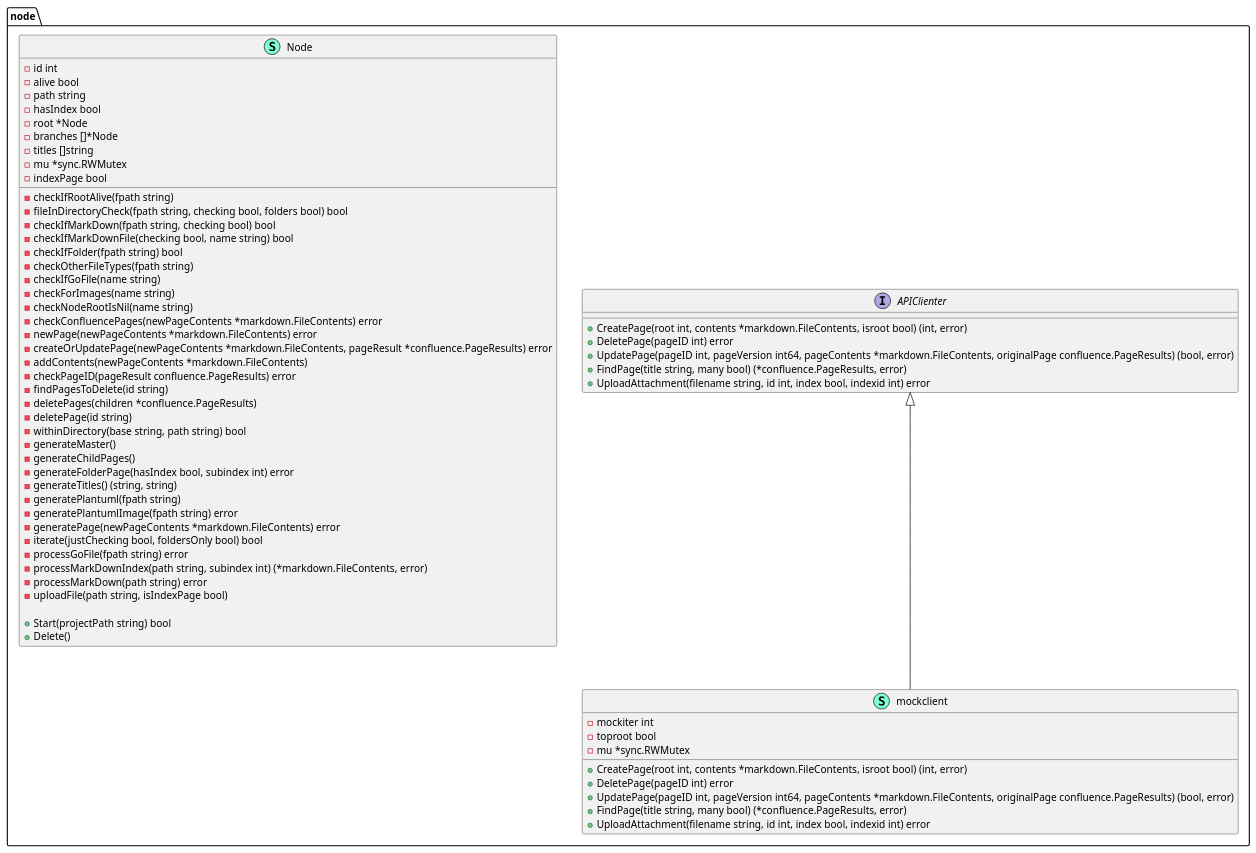
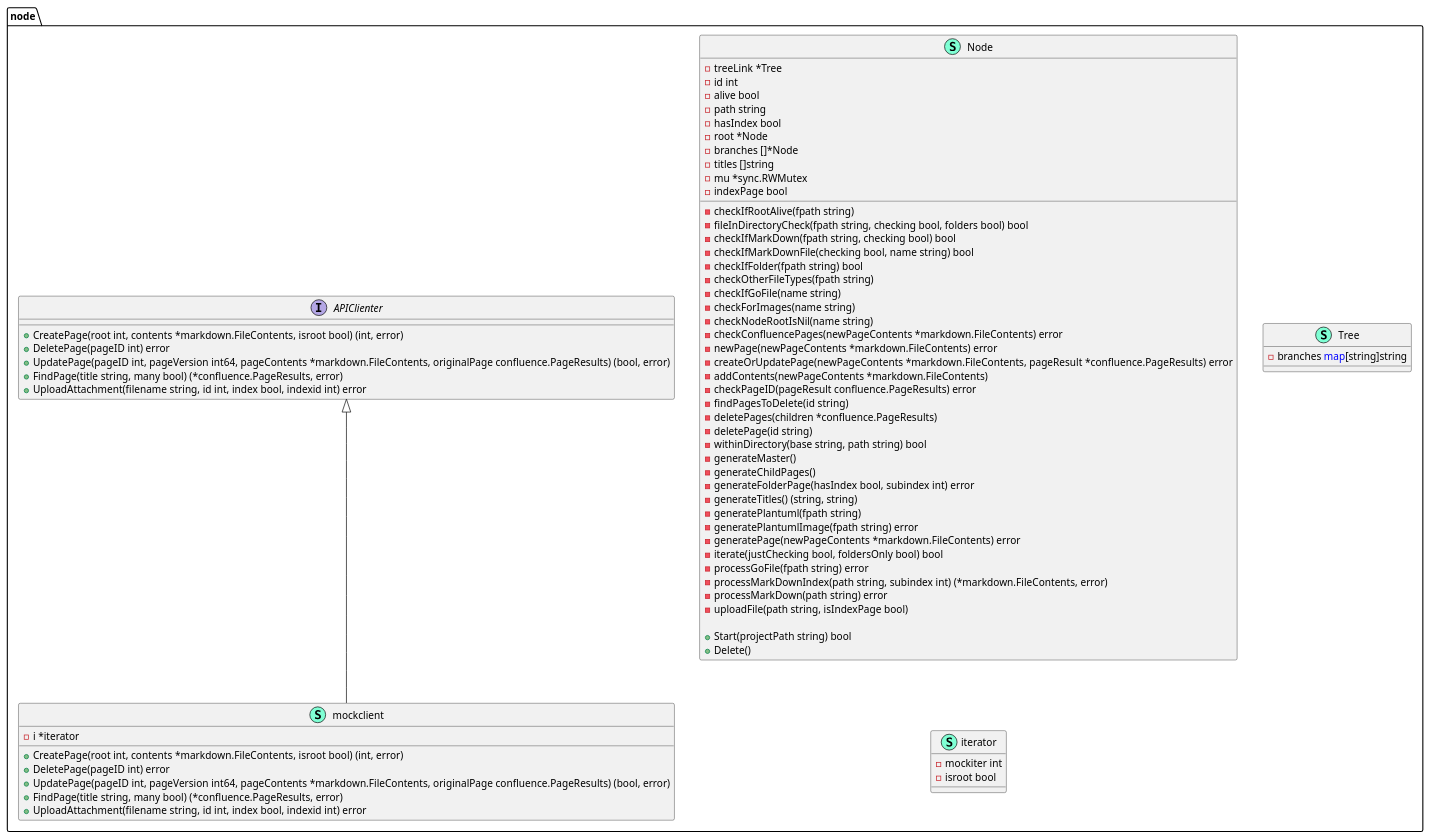
One commit to xiatechs/markdown-to-confluence changed the diagram in node/node-markdown-to-confluence-markdown-to-confluence-pumldiagram.puml. Above: the diagram before and after it, drawn with PlantUML. The commit also changed 7 other files, not shown here.

```diff
--- a/node/node-markdown-to-confluence-markdown-to-confluence-pumldiagram.puml
+++ b/node/node-markdown-to-confluence-markdown-to-confluence-pumldiagram.puml
@@ -1,73 +1,81 @@
 @startuml
 namespace node {
     interface APIClienter  {
         + CreatePage(root int, contents *markdown.FileContents, isroot bool) (int, error)
         + DeletePage(pageID int) error
         + UpdatePage(pageID int, pageVersion int64, pageContents *markdown.FileContents, originalPage confluence.PageResults) (bool, error)
         + FindPage(title string, many bool) (*confluence.PageResults, error)
         + UploadAttachment(filename string, id int, index bool, indexid int) error
 
     }
     class Node << (S,Aquamarine) >> {
+        - treeLink *Tree
         - id int
         - alive bool
         - path string
         - hasIndex bool
         - root *Node
         - branches []*Node
         - titles []string
         - mu *sync.RWMutex
         - indexPage bool
 
         - checkIfRootAlive(fpath string) 
         - fileInDirectoryCheck(fpath string, checking bool, folders bool) bool
         - checkIfMarkDown(fpath string, checking bool) bool
         - checkIfMarkDownFile(checking bool, name string) bool
         - checkIfFolder(fpath string) bool
         - checkOtherFileTypes(fpath string) 
         - checkIfGoFile(name string) 
         - checkForImages(name string) 
         - checkNodeRootIsNil(name string) 
         - checkConfluencePages(newPageContents *markdown.FileContents) error
         - newPage(newPageContents *markdown.FileContents) error
         - createOrUpdatePage(newPageContents *markdown.FileContents, pageResult *confluence.PageResults) error
         - addContents(newPageContents *markdown.FileContents) 
         - checkPageID(pageResult confluence.PageResults) error
         - findPagesToDelete(id string) 
         - deletePages(children *confluence.PageResults) 
         - deletePage(id string) 
         - withinDirectory(base string, path string) bool
         - generateMaster() 
         - generateChildPages() 
         - generateFolderPage(hasIndex bool, subindex int) error
         - generateTitles() (string, string)
         - generatePlantuml(fpath string) 
         - generatePlantumlImage(fpath string) error
         - generatePage(newPageContents *markdown.FileContents) error
         - iterate(justChecking bool, foldersOnly bool) bool
         - processGoFile(fpath string) error
         - processMarkDownIndex(path string, subindex int) (*markdown.FileContents, error)
         - processMarkDown(path string) error
         - uploadFile(path string, isIndexPage bool) 
 
         + Start(projectPath string) bool
         + Delete() 
 
     }
+    class Tree << (S,Aquamarine) >> {
+        - branches <font color=blue>map</font>[string]string
+
+    }
+    class iterator << (S,Aquamarine) >> {
+        - mockiter int
+        - isroot bool
+
+    }
     class mockclient << (S,Aquamarine) >> {
-        - mockiter int
-        - toproot bool
-        - mu *sync.RWMutex
+        - i *iterator
 
         + CreatePage(root int, contents *markdown.FileContents, isroot bool) (int, error)
         + DeletePage(pageID int) error
         + UpdatePage(pageID int, pageVersion int64, pageContents *markdown.FileContents, originalPage confluence.PageResults) (bool, error)
         + FindPage(title string, many bool) (*confluence.PageResults, error)
         + UploadAttachment(filename string, id int, index bool, indexid int) error
 
     }
 }
 
 "node.APIClienter" <|-- "node.mockclient"
 
 @enduml
```
